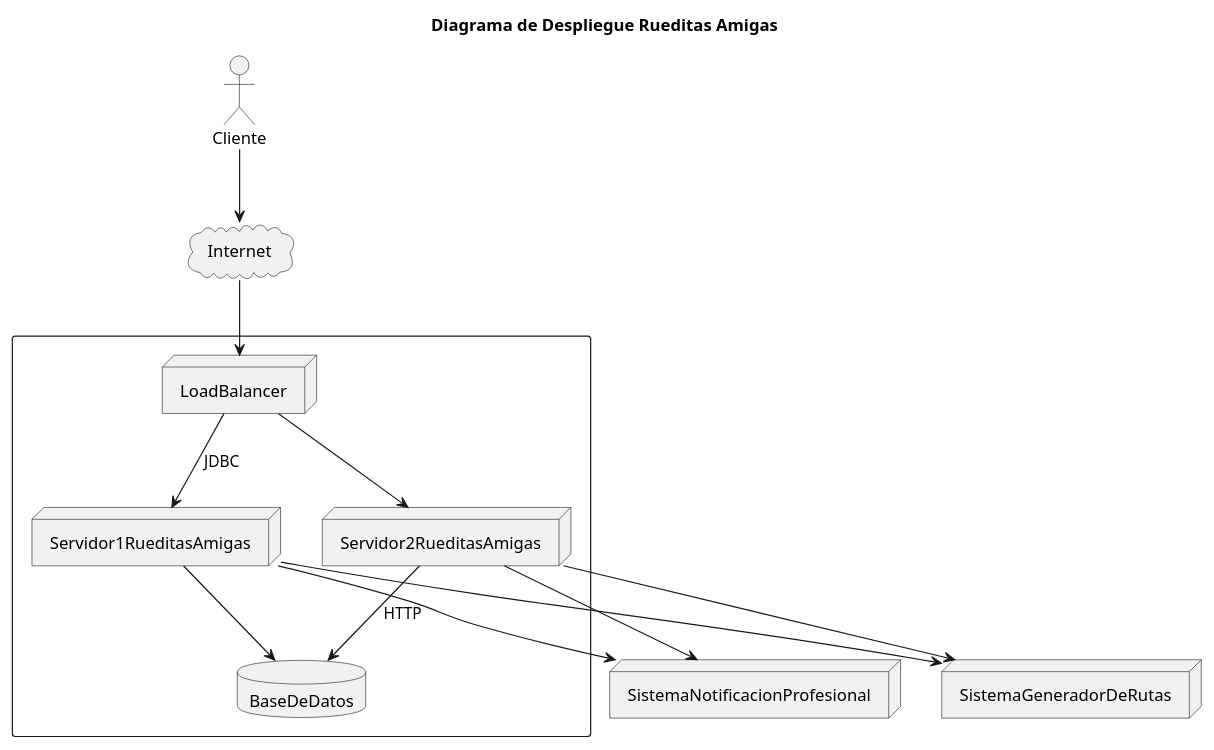
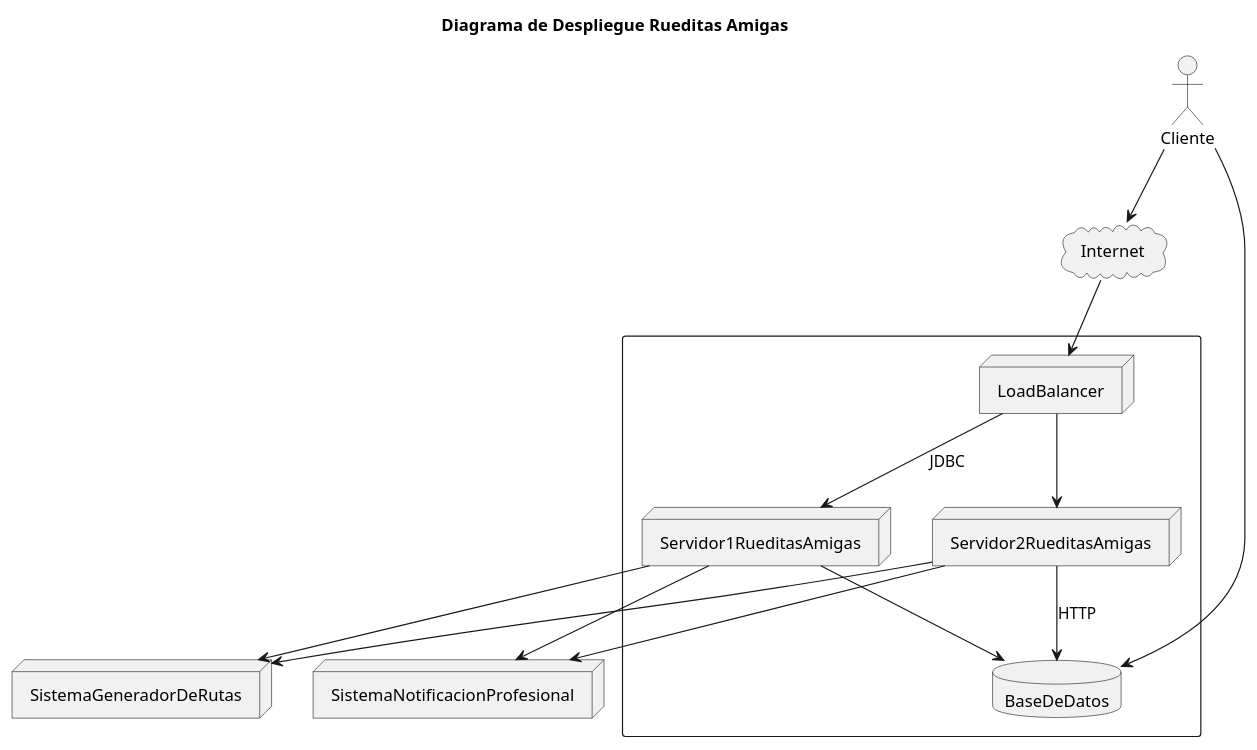
Before and after one commit to lrizzitano/RueditasAmigasDespliegue: the diagram in diagrams/DiagramaDeDespliegue.puml, drawn with PlantUML. The commit also changed 1 other file, not shown here.

```diff
--- a/diagrams/DiagramaDeDespliegue.puml
+++ b/diagrams/DiagramaDeDespliegue.puml
@@ -1,31 +1,33 @@
 @startuml
 'https://plantuml.com/deployment-diagram
 
 title Diagrama de Despliegue Rueditas Amigas
 
 node "SistemaGeneradorDeRutas"
 actor "Cliente"
 cloud "Internet"
 node "SistemaNotificacionProfesional"
 
 
 rectangle  {
 node "LoadBalancer"
 node "Servidor1RueditasAmigas"
 node "Servidor2RueditasAmigas"
 database "BaseDeDatos"
 }
 
 "LoadBalancer" --> "Servidor1RueditasAmigas" : "JDBC"
 "LoadBalancer" --> "Servidor2RueditasAmigas"
 "Servidor1RueditasAmigas" --> "BaseDeDatos"
 "Servidor2RueditasAmigas" --> "BaseDeDatos" : "HTTP"
 "Servidor1RueditasAmigas" --> "SistemaNotificacionProfesional"
 "Servidor2RueditasAmigas" --> "SistemaNotificacionProfesional"
 "Servidor1RueditasAmigas" --> "SistemaGeneradorDeRutas"
 "Servidor2RueditasAmigas" --> "SistemaGeneradorDeRutas"
 "Cliente" --> "Internet"
 "Internet" --> "LoadBalancer"
+"Cliente" --> "BaseDeDatos"
+
 
 
 @enduml
```
